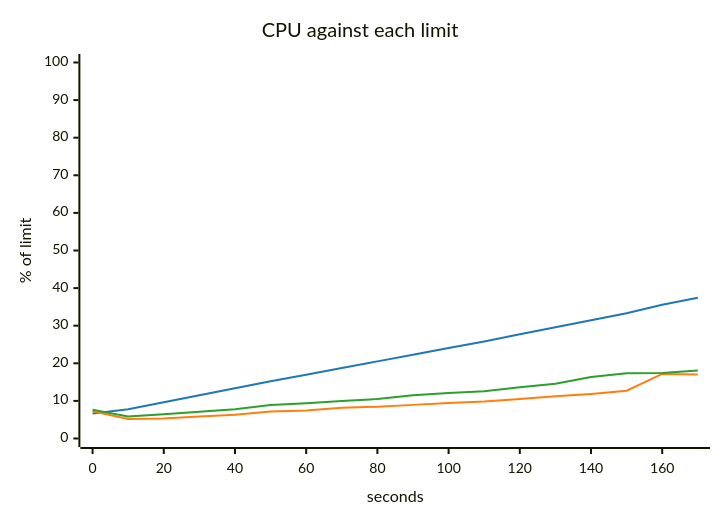
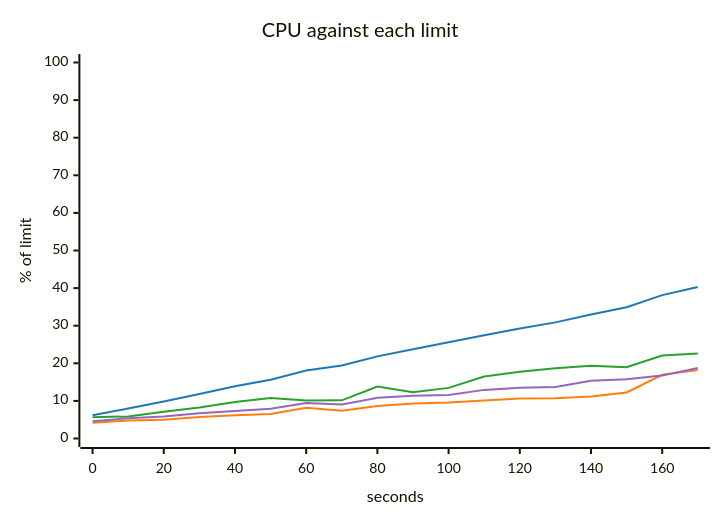
Before and after one commit to akinfemi/load-lore: the fifth of 5 diagrams in scenarios/stale-orders/solutions/bigger-replica/report.md, drawn with Mermaid. The commit also changed other lines of this file and 49 other files, not shown here.

````diff
--- a/scenarios/stale-orders/solutions/bigger-replica/report.md
+++ b/scenarios/stale-orders/solutions/bigger-replica/report.md
@@ -92,16 +94,17 @@
 ```mermaid
 ---
 config:
   themeVariables:
     xyChart:
       backgroundColor: "transparent"
-      plotColorPalette: "#1f77b4, #ff7f0e, #2ca02c"
+      plotColorPalette: "#1f77b4, #ff7f0e, #2ca02c, #9467bd"
 ---
 xychart-beta
     title "CPU against each limit"
     x-axis "seconds" 0 --> 170
     y-axis "% of limit" 0 --> 100
-    line [6.633, 7.789, 9.616, 11.515, 13.342, 15.252, 16.937, 18.769, 20.516, 22.248, 24.08, 25.826, 27.751, 29.597, 31.443, 33.334, 35.551, 37.43]
-    line [7.269, 5.178, 5.303, 5.835, 6.333, 7.151, 7.423, 8.191, 8.445, 8.943, 9.466, 9.831, 10.494, 11.214, 11.866, 12.699, 17.175, 16.996]
-    line [7.631, 5.87, 6.456, 7.114, 7.752, 8.894, 9.365, 9.96, 10.498, 11.479, 12.112, 12.584, 13.614, 14.559, 16.369, 17.364, 17.438, 18.084]
+    line [6.161, 7.981, 9.844, 11.836, 13.89, 15.602, 18.078, 19.396, 21.838, 23.737, 25.592, 27.467, 29.248, 30.887, 32.969, 34.9, 38.125, 40.298]
+    line [4.187, 4.782, 4.996, 5.718, 6.165, 6.53, 8.198, 7.362, 8.636, 9.317, 9.58, 10.126, 10.663, 10.712, 11.174, 12.247, 16.942, 18.247]
+    line [5.643, 5.883, 7.103, 8.229, 9.684, 10.8, 10.106, 10.155, 13.798, 12.279, 13.463, 16.491, 17.74, 18.665, 19.341, 18.966, 22.092, 22.601]
+    line [4.577, 5.396, 5.87, 6.689, 7.313, 7.922, 9.44, 9.023, 10.812, 11.37, 11.564, 12.931, 13.465, 13.706, 15.345, 15.768, 16.73, 18.754]
 ```
````
